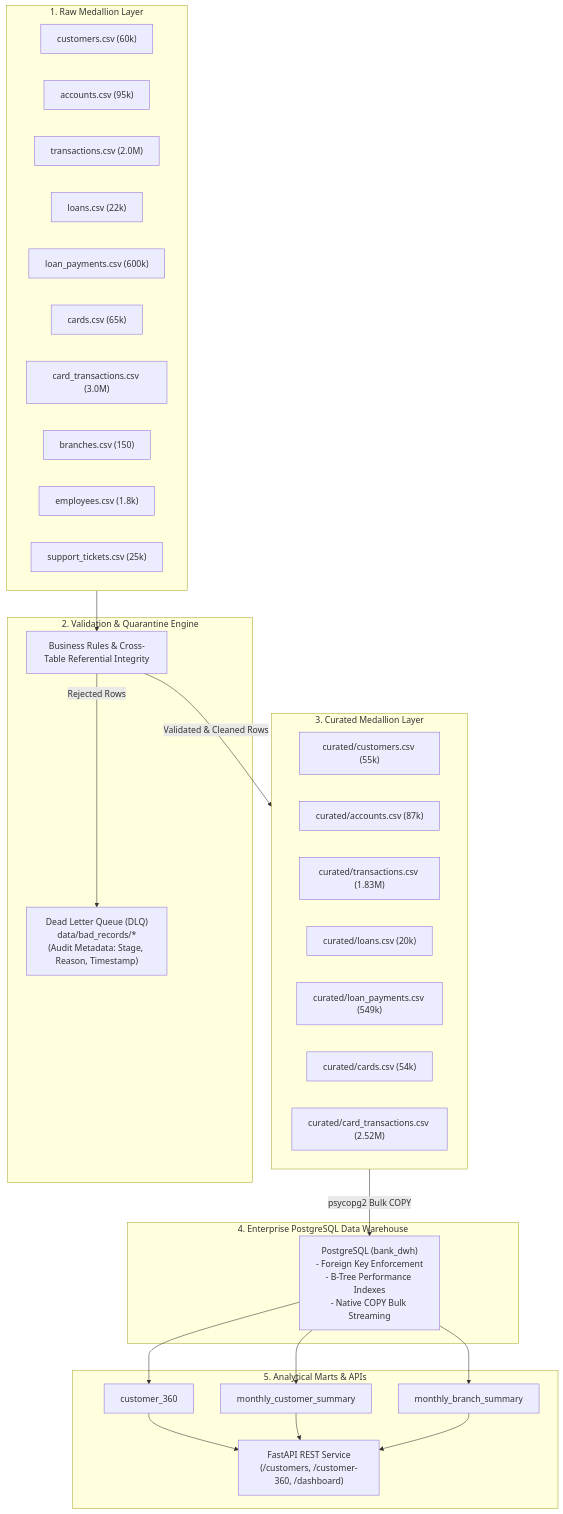
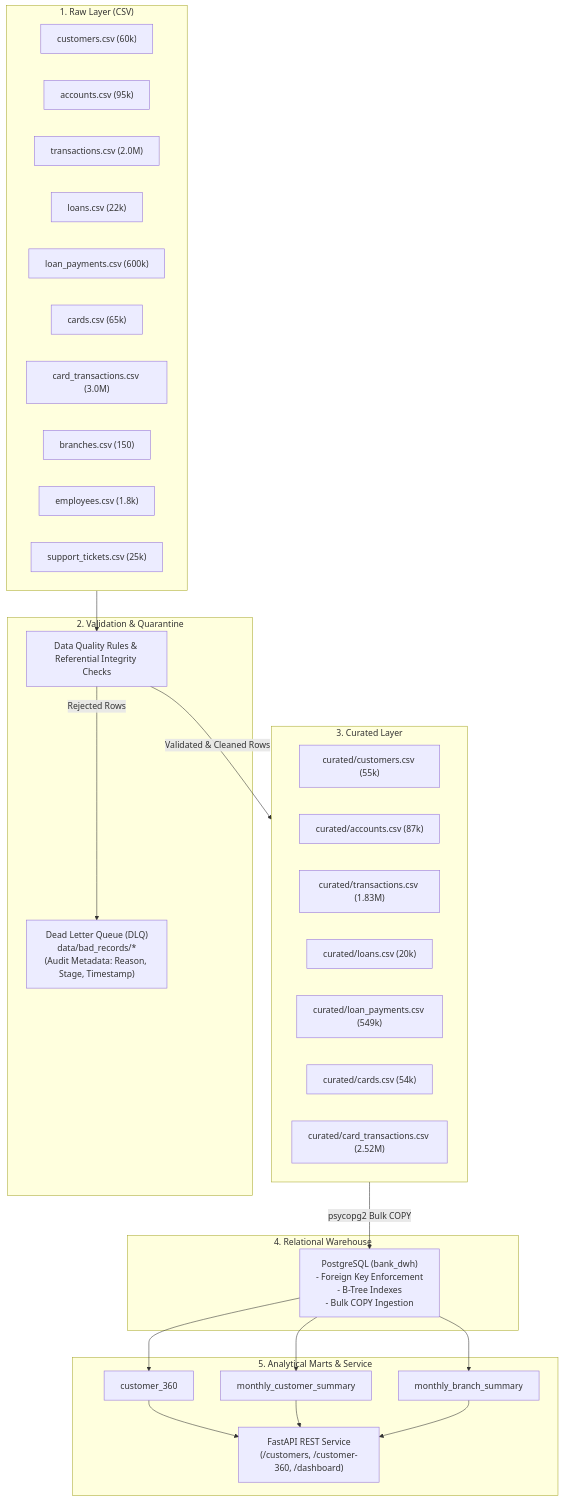
Before and after one commit to Spidey173/LedgerFlow: the diagram in README.md, drawn with Mermaid. The commit also changed other lines of this file, not shown here.

````diff
--- a/README.md
+++ b/README.md
@@ -35,50 +35,50 @@
 ```mermaid
 flowchart TD
-    subgraph L1["1. Raw Medallion Layer"]
+    subgraph L1["1. Raw Layer (CSV)"]
         R1["customers.csv (60k)"]
         R2["accounts.csv (95k)"]
         R3["transactions.csv (2.0M)"]
         R4["loans.csv (22k)"]
         R5["loan_payments.csv (600k)"]
         R6["cards.csv (65k)"]
         R7["card_transactions.csv (3.0M)"]
         R8["branches.csv (150)"]
         R9["employees.csv (1.8k)"]
         R10["support_tickets.csv (25k)"]
     end
 
-    subgraph L2["2. Validation & Quarantine Engine"]
-        V["Business Rules & Cross-Table Referential Integrity"]
-        DLQ["Dead Letter Queue (DLQ)\ndata/bad_records/*\n(Audit Metadata: Stage, Reason, Timestamp)"]
+    subgraph L2["2. Validation & Quarantine"]
+        V["Data Quality Rules & Referential Integrity Checks"]
+        DLQ["Dead Letter Queue (DLQ)\ndata/bad_records/*\n(Audit Metadata: Reason, Stage, Timestamp)"]
     end
 
-    subgraph L3["3. Curated Medallion Layer"]
+    subgraph L3["3. Curated Layer"]
         C1["curated/customers.csv (55k)"]
         C2["curated/accounts.csv (87k)"]
         C3["curated/transactions.csv (1.83M)"]
         C4["curated/loans.csv (20k)"]
         C5["curated/loan_payments.csv (549k)"]
         C6["curated/cards.csv (54k)"]
         C7["curated/card_transactions.csv (2.52M)"]
     end
 
-    subgraph L4["4. Enterprise PostgreSQL Data Warehouse"]
-        PG["PostgreSQL (bank_dwh)\n- Foreign Key Enforcement\n- B-Tree Performance Indexes\n- Native COPY Bulk Streaming"]
+    subgraph L4["4. Relational Warehouse"]
+        PG["PostgreSQL (bank_dwh)\n- Foreign Key Enforcement\n- B-Tree Indexes\n- Bulk COPY Ingestion"]
     end
 
-    subgraph L5["5. Analytical Marts & APIs"]
+    subgraph L5["5. Analytical Marts & Service"]
         M1["customer_360"]
         M2["monthly_customer_summary"]
         M3["monthly_branch_summary"]
         API["FastAPI REST Service\n(/customers, /customer-360, /dashboard)"]
     end
 
     L1 --> V
     V -- Rejected Rows --> DLQ
     V -- Validated & Cleaned Rows --> L3
     L3 -->|psycopg2 Bulk COPY| PG
     PG --> M1
     PG --> M2
     PG --> M3
     M1 & M2 & M3 --> API
 ```
````
